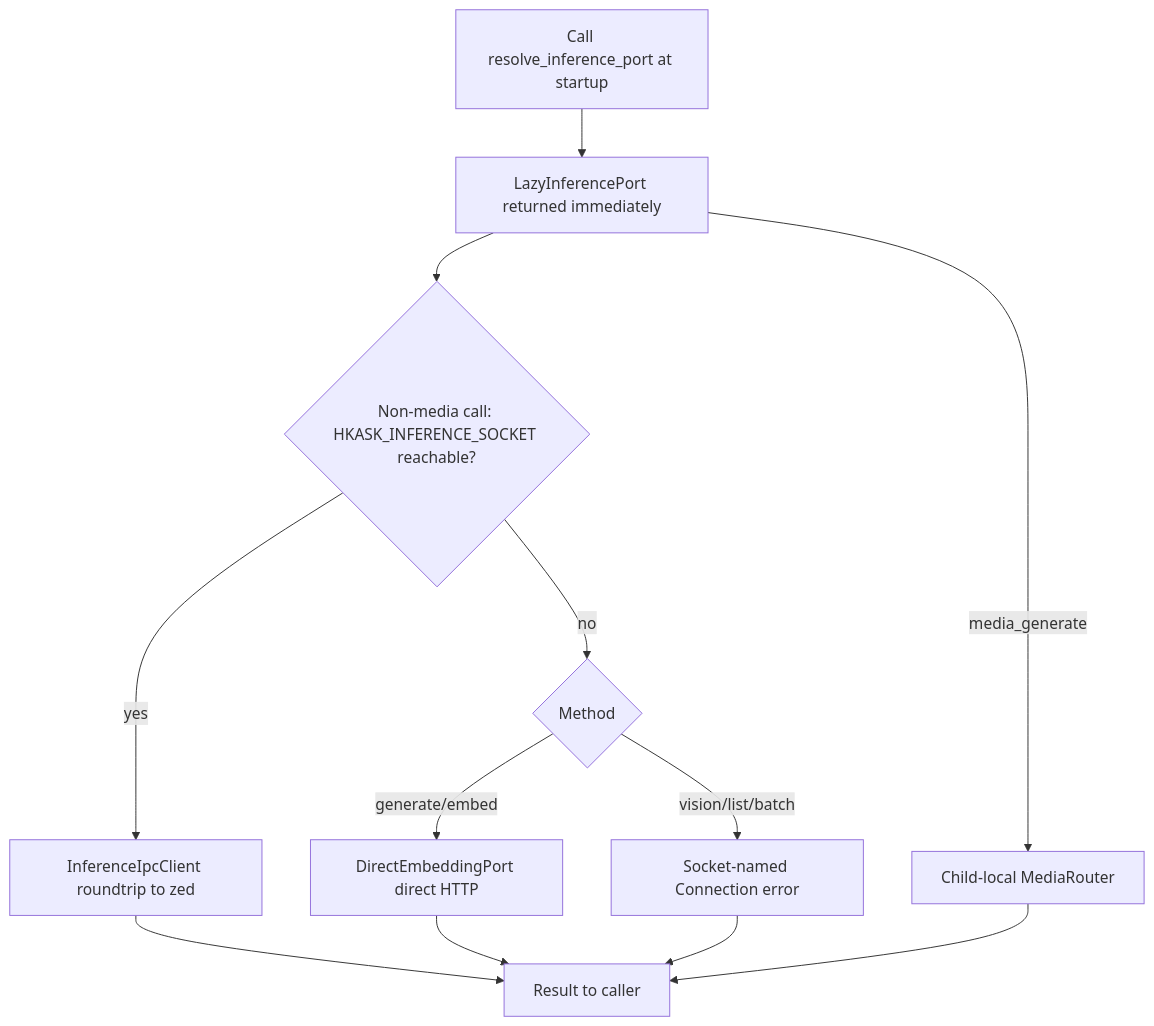
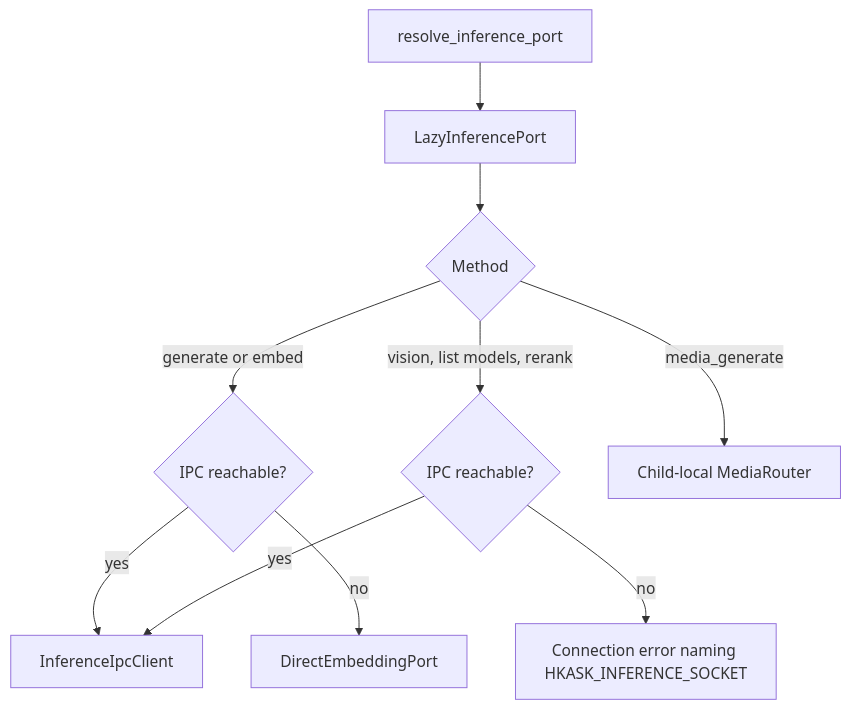
The first of 2 diagrams in kask/docs/diataxis/hkask-inference/how-to.md (mdz-axo/zed-kask), drawn with Mermaid before and after one commit. The commit also changed other lines of this file and 8 other files, not shown here.

````diff
--- a/kask/docs/diataxis/hkask-inference/how-to.md
+++ b/kask/docs/diataxis/hkask-inference/how-to.md
@@ -55,14 +27,12 @@
 ```mermaid
 flowchart TD
-    A[Call resolve_inference_port at startup] --> B[LazyInferencePort returned immediately]
-    B --> C{Non-media call: HKASK_INFERENCE_SOCKET reachable?}
-    C -- yes --> D[InferenceIpcClient roundtrip to zed]
-    C -- no --> E{Method}
-    E -- generate/embed --> F[DirectEmbeddingPort direct HTTP]
-    B -- media_generate --> G[Child-local MediaRouter]
-    E -- vision/list/batch --> H[Socket-named Connection error]
-    D --> I[Result to caller]
-    F --> I
-    G --> I
-    H --> I
+    A[resolve_inference_port] --> B[LazyInferencePort]
+    B --> C{Method}
+    C -->|generate or embed| D{IPC reachable?}
+    D -->|yes| E[InferenceIpcClient]
+    D -->|no| F[DirectEmbeddingPort]
+    C -->|vision, list models, rerank| G{IPC reachable?}
+    G -->|yes| E
+    G -->|no| H[Connection error naming HKASK_INFERENCE_SOCKET]
+    C -->|media_generate| I[Child-local MediaRouter]
 ```
````
